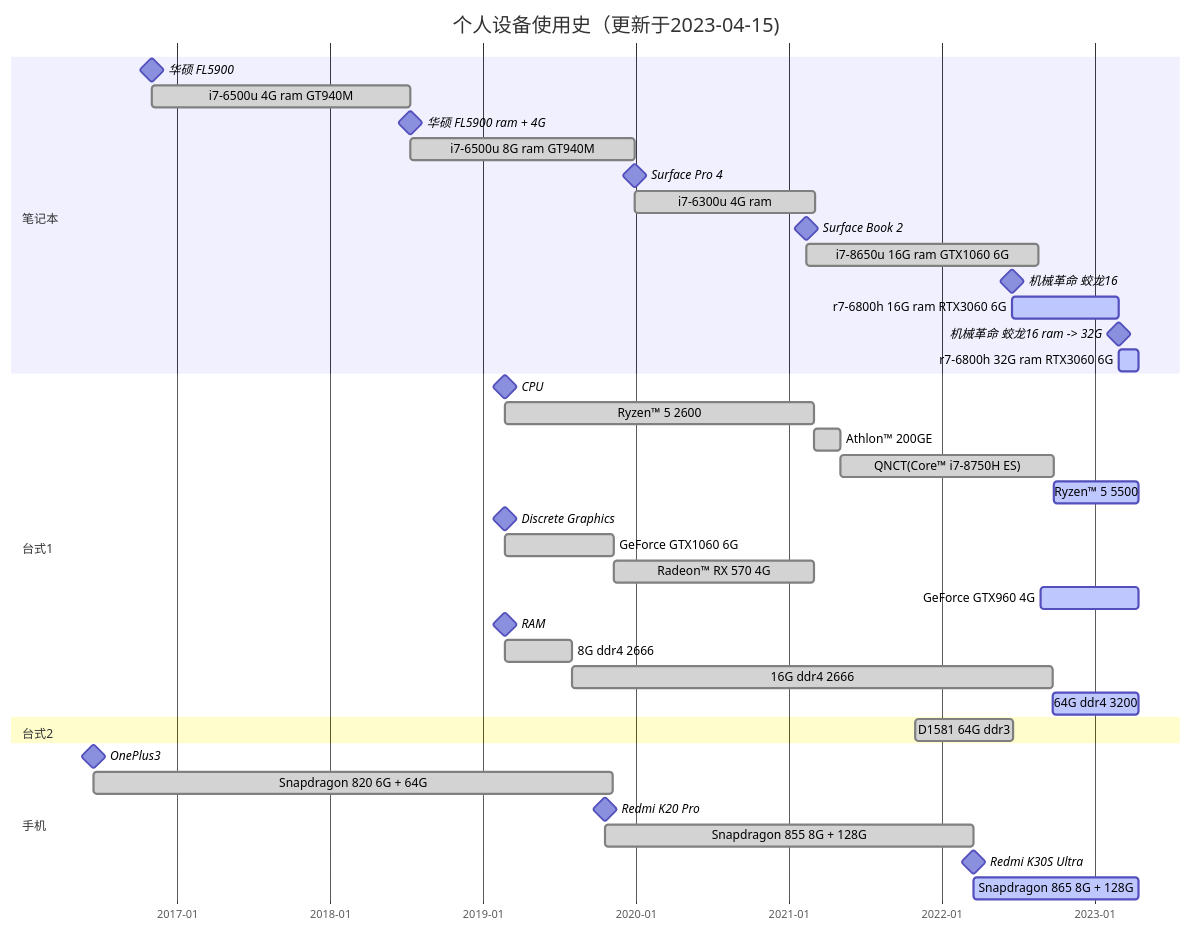
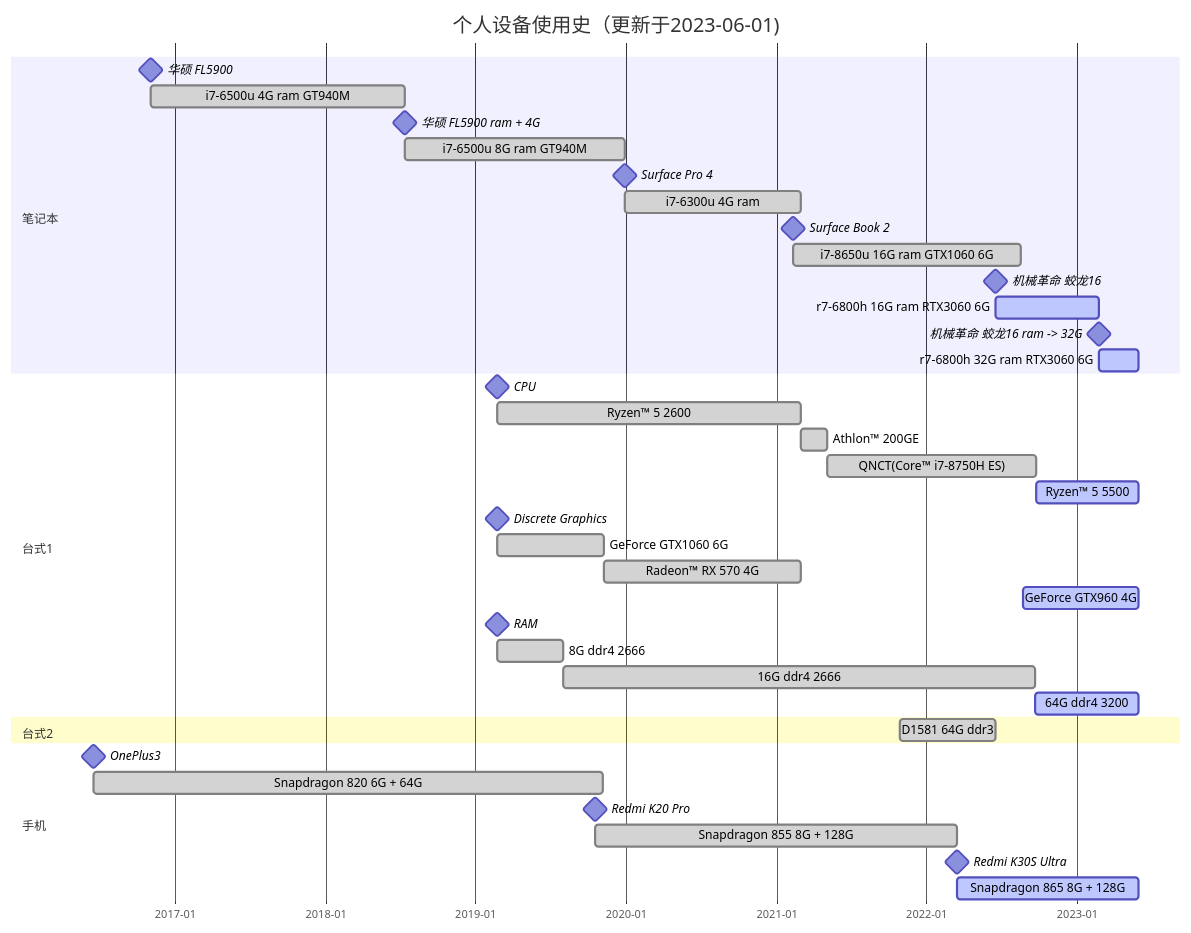
One commit to xuanyabulema/xuanyabulema.github.io changed the diagram in source/microchip/index.md. Above: the diagram before and after it, drawn with Mermaid. The commit also changed 1 other file, not shown here.

````diff
--- a/source/microchip/index.md
+++ b/source/microchip/index.md
@@ -13,51 +13,51 @@
 ```mermaid
 gantt
-    title 个人设备使用史（更新于2023-04-15)
+    title 个人设备使用史（更新于2023-06-01)
     dateFormat  YYYY-MM-DD
     axisFormat  %Y-%m
     
     section 笔记本
     华硕 FL5900                                 :milestone, 2016-11-03, 0d
     i7-6500u  4G ram GT940M                     :done, 2016-11-03, 2018-07-13
     华硕 FL5900  ram + 4G                        :milestone, 2018-07-13, 0d
     i7-6500u  8G ram GT940M                     :done, 2018-07-13, 2019-12-29
     Surface Pro 4                               :milestone, 2019-12-29, 0d
     i7-6300u  4G ram                            :done, 2019-12-29, 2021-03-03
     Surface Book 2                              :milestone, 2021-02-12, 0d
     i7-8650u  16G ram  GTX1060 6G               :done, 2021-02-12, 2022-08-18
     机械革命 蛟龙16                               :milestone, 2022-06-17, 0d
     r7-6800h  16G ram    RTX3060 6G             :active, 2022-06-17, 2023-02-26
     机械革命 蛟龙16  ram -> 32G                   :milestone, 2023-02-26, 0d
-    r7-6800h  32G ram    RTX3060 6G             :active, 2023-02-26, 2023-04-15
+    r7-6800h  32G ram    RTX3060 6G             :active, 2023-02-26, 2023-06-01
     
     
     section 台式1
     CPU                                         :milestone, 2019-02-22, 0d
     Ryzen™ 5 2600                               :done, 2019-02-22, 2021-03-01
     Athlon™ 200GE                               :done, 2021-03-01, 2021-05-04
     QNCT(Core™ i7-8750H ES)                     :done, 2021-05-04, 2022-09-26
-    Ryzen™ 5 5500                               :active, 2022-09-26, 2023-04-15
+    Ryzen™ 5 5500                               :active, 2022-09-26, 2023-06-01
     
     Discrete Graphics                           :milestone, 2019-02-22, 0d
     GeForce GTX1060 6G                          :done, 2019-02-22, 2019-11-10
     Radeon™ RX 570 4G                           :done, 2019-11-10, 2021-03-01
-    GeForce GTX960 4G                           :active, 2022-08-25, 2023-04-15
+    GeForce GTX960 4G                           :active, 2022-08-25, 2023-06-01
     
     RAM                                         :milestone, 2019-02-22, 0d
     8G ddr4 2666                                :done, 2019-02-22, 2019-08-02
     16G ddr4 2666                               :done, 2019-08-02, 2022-09-22
-    64G ddr4 3200                               :active, 2022-09-22, 2023-04-15
+    64G ddr4 3200                               :active, 2022-09-22, 2023-06-01
     
     
     section 台式2
     D1581 64G ddr3                              :done, 2021-10-29,2022-06-19
     
     
     section 手机
     OnePlus3                                    :milestone, 2016-06-16, 0d
     Snapdragon 820 6G + 64G                     :done, 2016-06-16, 2019-11-06
     Redmi K20 Pro                               :milestone, 2019-10-19, 0d
     Snapdragon 855  8G + 128G                   :done, 2019-10-19, 2022-03-18
     Redmi K30S Ultra                            :milestone, 2022-03-18, 0d
-    Snapdragon 865  8G + 128G                   :active, 2022-03-18, 2023-04-15
+    Snapdragon 865  8G + 128G                   :active, 2022-03-18, 2023-06-01
 ```
````
